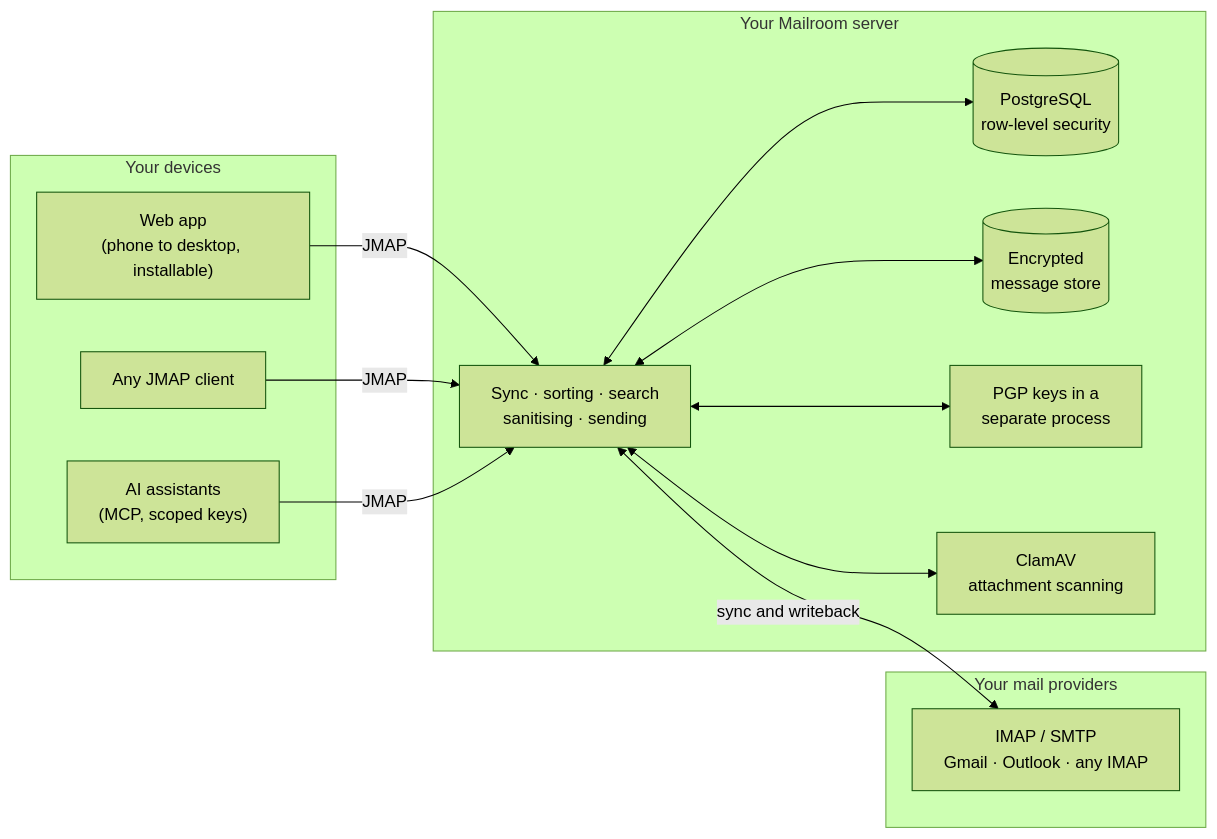
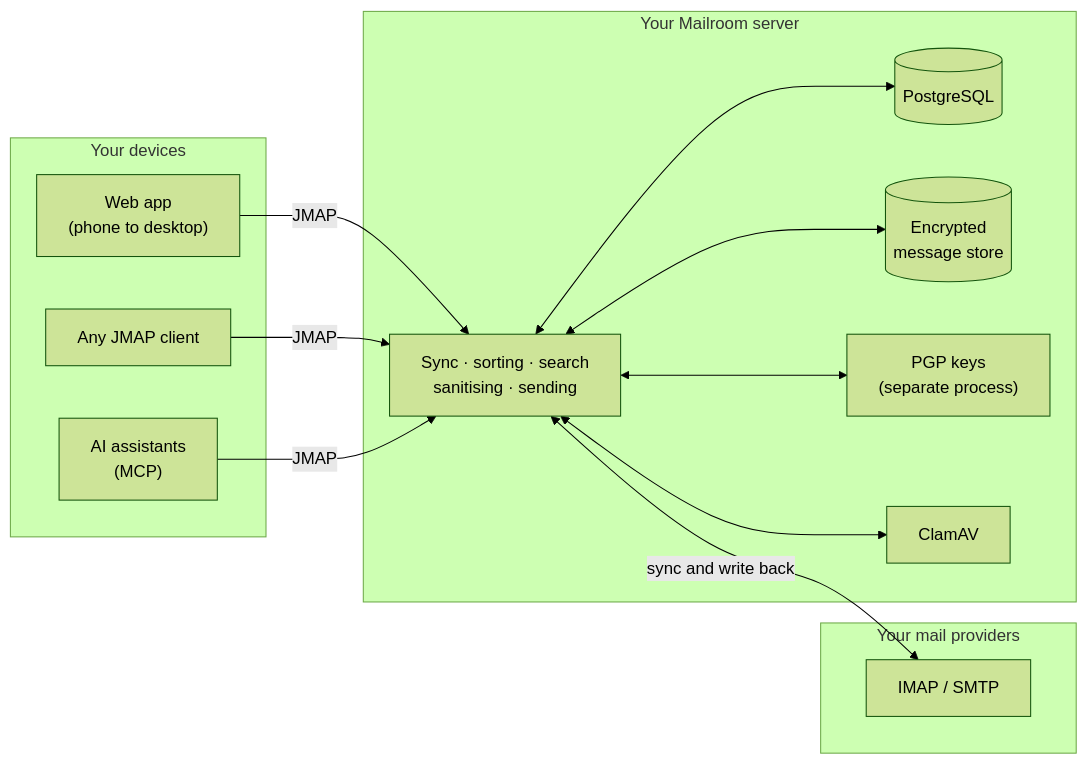
Before and after one commit to 10thTARDIS/mailroom: the diagram in README.md, drawn with Mermaid (forest theme). The commit also changed other lines of this file and 1 other file, not shown here.

````diff
--- a/README.md
+++ b/README.md
@@ -31,24 +67,24 @@
 ```mermaid
 flowchart LR
     subgraph clients["Your devices"]
-        web["Web app<br/>(phone to desktop, installable)"]
+        web["Web app<br/>(phone to desktop)"]
         jmap["Any JMAP client"]
-        ai["AI assistants<br/>(MCP, scoped keys)"]
+        ai["AI assistants<br/>(MCP)"]
     end
     subgraph server["Your Mailroom server"]
         core["Sync · sorting · search<br/>sanitising · sending"]
-        db[("PostgreSQL<br/>row-level security")]
+        db[("PostgreSQL")]
         blobs[("Encrypted<br/>message store")]
-        crypto["PGP keys in a<br/>separate process"]
-        av["ClamAV<br/>attachment scanning"]
+        crypto["PGP keys<br/>(separate process)"]
+        av["ClamAV"]
     end
     subgraph providers["Your mail providers"]
-        imap["IMAP / SMTP<br/>Gmail · Outlook · any IMAP"]
+        imap["IMAP / SMTP"]
     end
     web & jmap & ai -->|JMAP| core
     core <--> db
     core <--> blobs
     core <--> crypto
     core <--> av
-    core <-->|"sync and writeback"| imap
+    core <-->|"sync and write back"| imap
 ```
````
